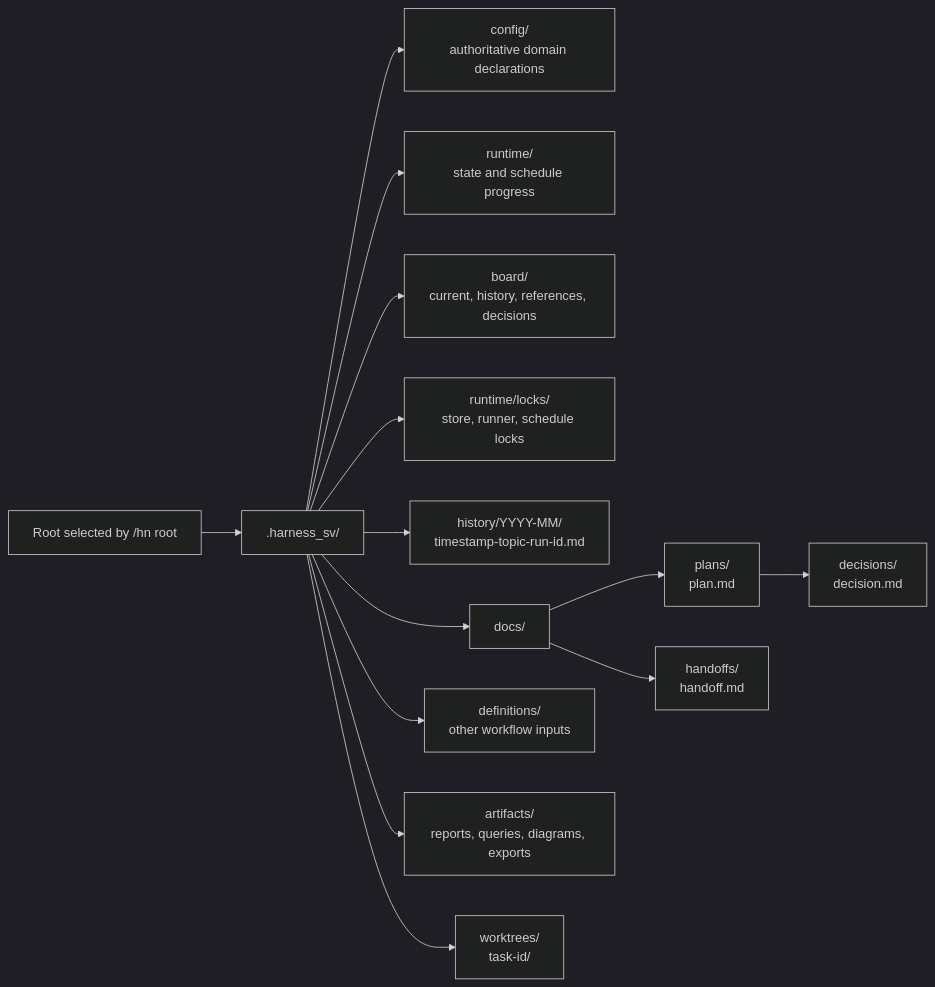
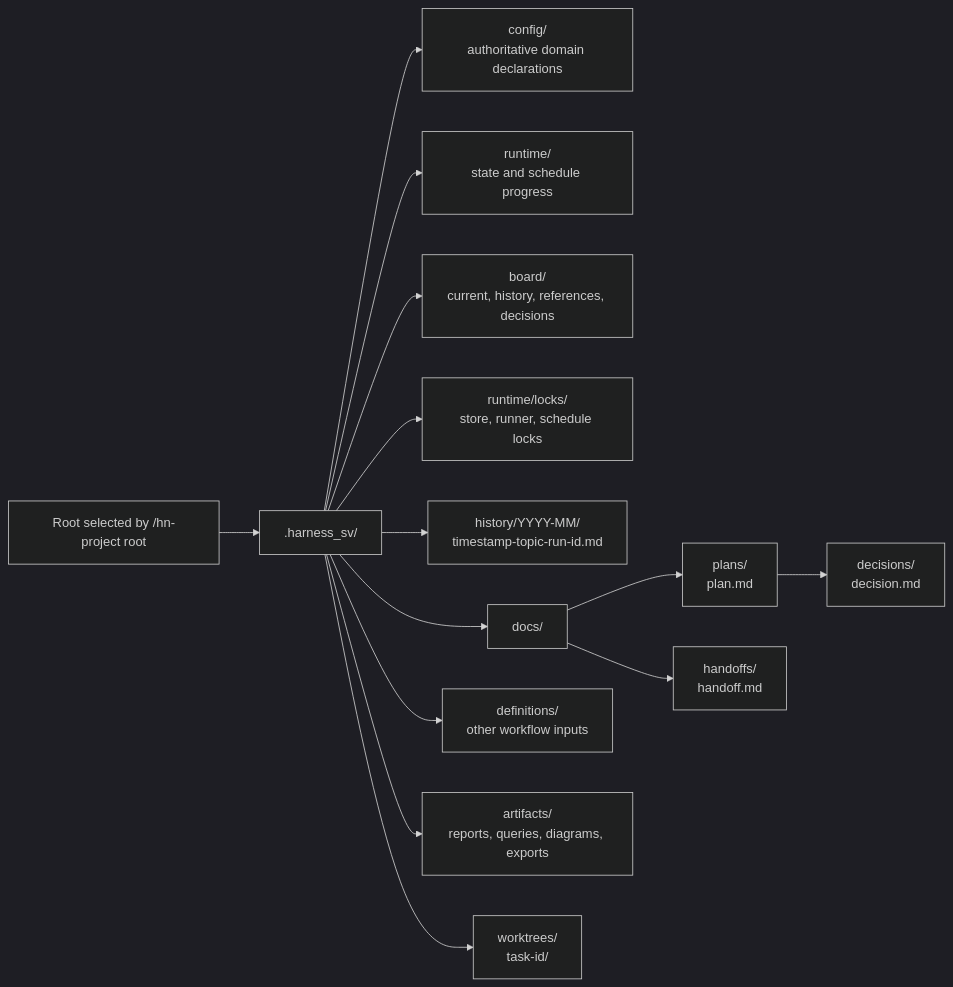
One commit to wzlwit/skillvault changed the second of 2 diagrams in docs/plans/2026-09-16-topic-skill-refactor.md. Above: the diagram before and after it, drawn with Mermaid (dark theme). The commit also changed other lines of this file and 285 other files, not shown here.

````diff
--- a/docs/plans/2026-09-16-topic-skill-refactor.md
+++ b/docs/plans/2026-09-16-topic-skill-refactor.md
@@ -157,16 +159,16 @@
 ```mermaid
 flowchart LR
-  ROOT["Root selected by /hn root"] --> STORE[".harness_sv/"]
+  ROOT["Root selected by /hn-project root"] --> STORE[".harness_sv/"]
   STORE --> CONFIG["config/<br/>authoritative domain declarations"]
   STORE --> STATE["runtime/<br/>state and schedule progress"]
   STORE --> BOARD["board/<br/>current, history, references, decisions"]
   STORE --> LOCKS["runtime/locks/<br/>store, runner, schedule locks"]
   STORE --> HISTORY["history/YYYY-MM/<br/>timestamp-topic-run-id.md"]
   STORE --> DOCS["docs/"]
   DOCS --> PLANS["plans/<br/>plan.md"]
   PLANS --> DECISIONS["decisions/<br/>decision.md"]
   DOCS --> HANDOFFS["handoffs/<br/>handoff.md"]
   STORE --> DEFINITIONS["definitions/<br/>other workflow inputs"]
   STORE --> ARTIFACTS["artifacts/<br/>reports, queries, diagrams, exports"]
   STORE --> WORKTREES["worktrees/<br/>task-id/"]
 ```
````
